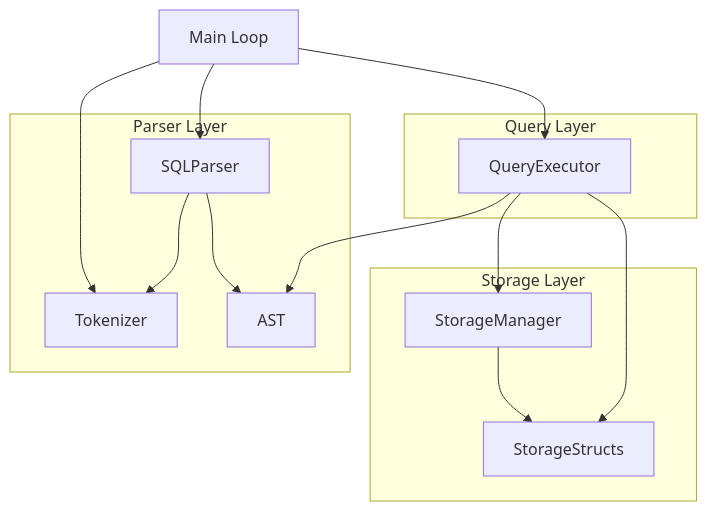
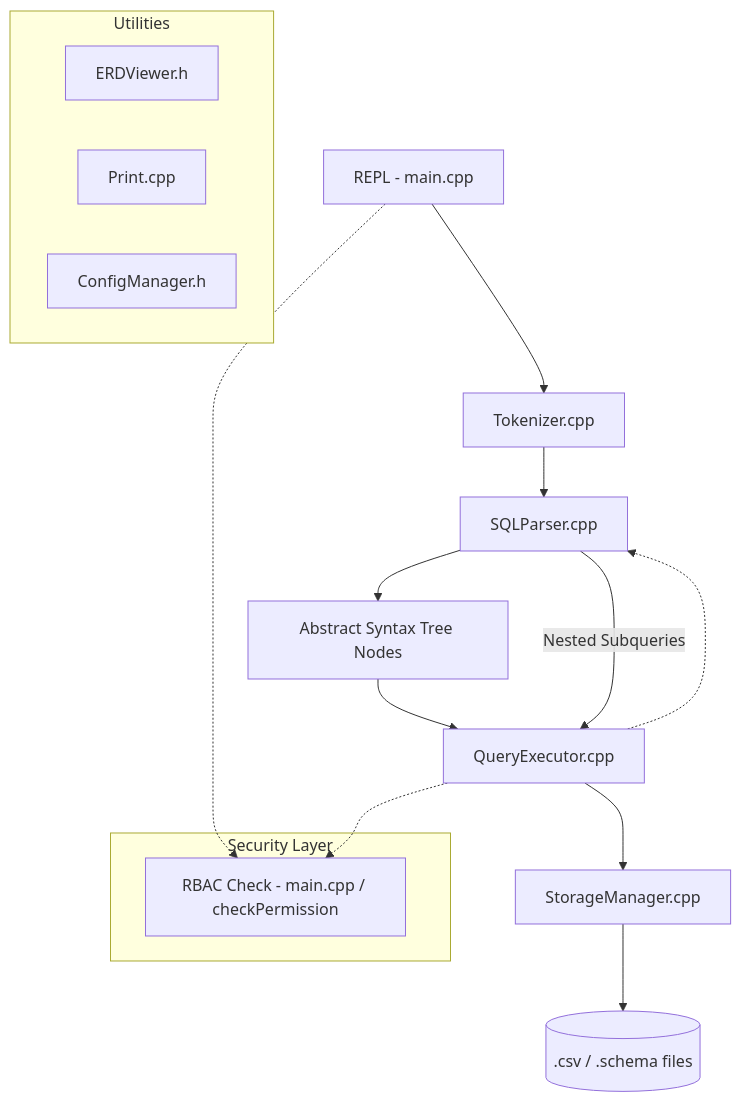
Before and after one commit to SaifSarker11/FeatherDB: the diagram in code/documentation.md, drawn with Mermaid. The commit also changed other lines of this file and 15 other files, not shown here.

````diff
--- a/code/documentation.md
+++ b/code/documentation.md
@@ -146,30 +28,23 @@
 ```mermaid
 graph TD
-    Main[Main Loop] --> Tokenizer
-    Main --> SQLParser
-    Main --> QueryExecutor
+    REPL[REPL - main.cpp] --> Tokenizer[Tokenizer.cpp]
+    Tokenizer --> Parser[SQLParser.cpp]
+    Parser --> AST[Abstract Syntax Tree Nodes]
+    AST --> Executor[QueryExecutor.cpp]
+    Executor --> Storage[StorageManager.cpp]
+    Storage --> Disk[(.csv / .schema files)]
     
-    SQLParser --> Tokenizer
-    SQLParser --> AST
-    
-    QueryExecutor --> AST
-    QueryExecutor --> StorageManager
-    
-    StorageManager --> StorageStructs
-    QueryExecutor --> StorageStructs
-    
-    subgraph Storage Layer
-    StorageManager
-    StorageStructs
+    subgraph Security Layer
+        RBAC[RBAC Check - main.cpp / checkPermission]
     end
     
-    subgraph Query Layer
-    QueryExecutor
+    subgraph Utilities
+        ERD[ERDViewer.h]
+        Print[Print.cpp]
+        Config[ConfigManager.h]
     end
     
-    subgraph Parser Layer
-    Tokenizer
-    SQLParser
-    AST
-    end
+    REPL -.-> RBAC
+    Executor -.-> RBAC
+    Executor -.-> Parser -- Nested Subqueries --> Executor
 ```
````
